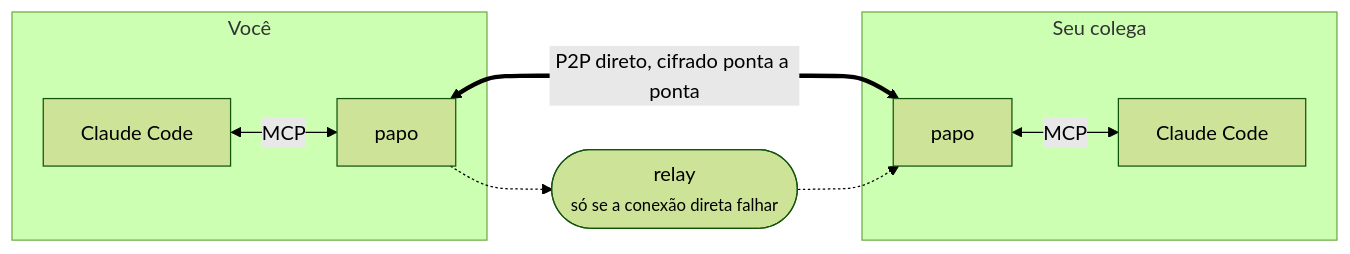
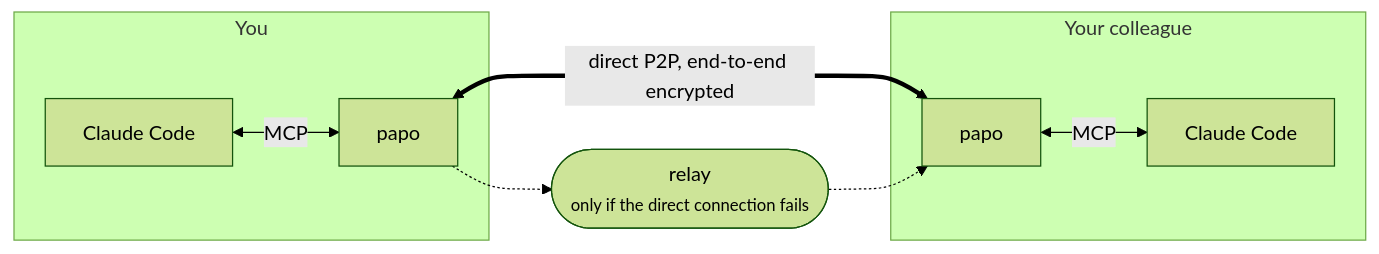
One commit to Kelvin-Jesus/papo changed the first of 2 diagrams in README.md. Above: the diagram before and after it, drawn with Mermaid (forest theme). The commit also changed other lines of this file and 19 other files, not shown here.

````diff
--- a/README.md
+++ b/README.md
@@ -43,12 +46,12 @@
 ```mermaid
 flowchart LR
-  subgraph voce["Você"]
+  subgraph voce["You"]
     CA["Claude Code"] <-->|MCP| PA["papo"]
   end
-  subgraph colega["Seu colega"]
+  subgraph colega["Your colleague"]
     PB["papo"] <-->|MCP| CB["Claude Code"]
   end
-  PA <==>|"P2P direto, cifrado ponta a ponta"| PB
-  PA -.-> R(["relay<br/><small>só se a conexão direta falhar</small>"])
+  PA <==>|"direct P2P, end-to-end encrypted"| PB
+  PA -.-> R(["relay<br/><small>only if the direct connection fails</small>"])
   R -.-> PB
 ```
````
